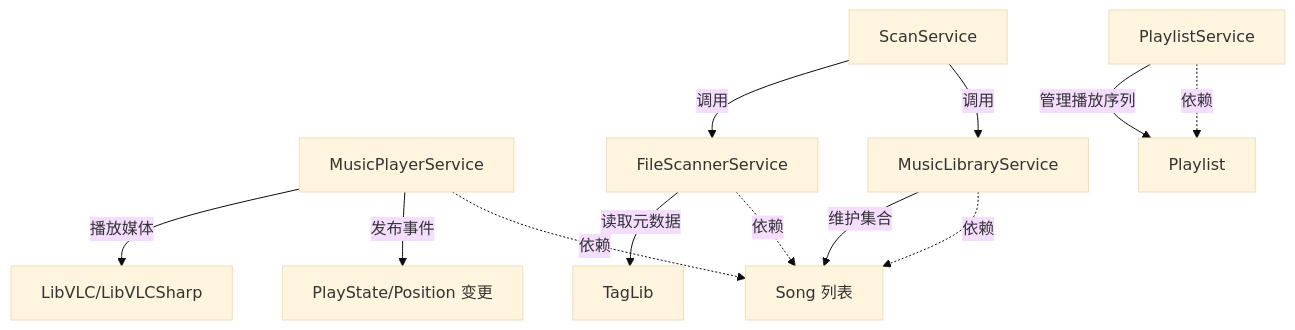
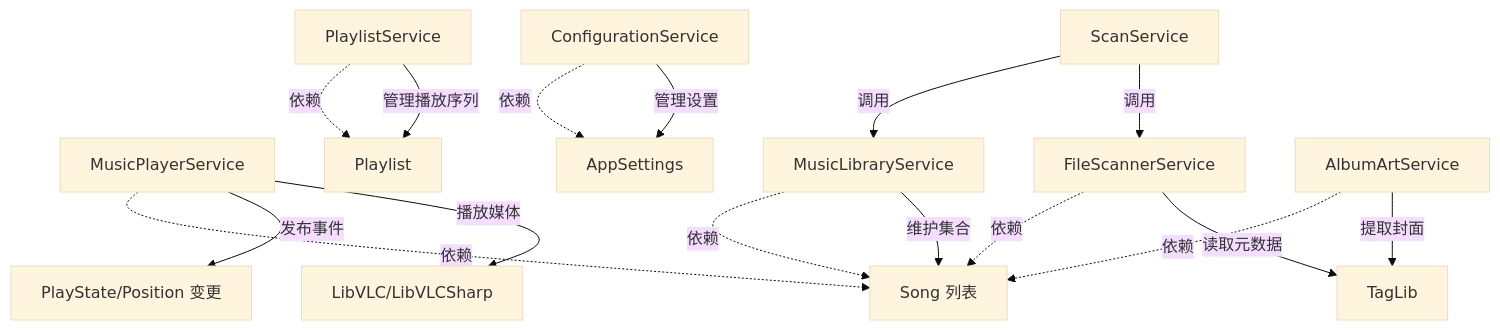
One commit to mariamjensen42-glitch/LocalMusicPlayer changed the second of 12 diagrams in .qoder/repowiki/zh/content/核心服务层/核心服务层.md. Above: the diagram before and after it, drawn with Mermaid (base theme). The commit also changed other lines of this file and 14 other files, not shown here.

````diff
--- a/.qoder/repowiki/zh/content/核心服务层/核心服务层.md
+++ b/.qoder/repowiki/zh/content/核心服务层/核心服务层.md
@@ -145,14 +182,18 @@
 ```mermaid
 graph TB
 MP["MusicPlayerService"] --> |播放媒体| VLC["LibVLC/LibVLCSharp"]
 MP --> |发布事件| PS["PlayState/Position 变更"]
 FS["FileScannerService"] --> |读取元数据| TL["TagLib"]
 PL["PlaylistService"] --> |管理播放序列| P["Playlist"]
 ML["MusicLibraryService"] --> |维护集合| S["Song 列表"]
 SC["ScanService"] --> |调用| FS
 SC --> |调用| ML
+CS["ConfigurationService"] --> |管理设置| AS["AppSettings"]
+AAS["AlbumArtService"] --> |提取封面| TL
 MP -.->|依赖| S
 PL -.->|依赖| P
 FS -.->|依赖| S
 ML -.->|依赖| S
+CS -.->|依赖| AS
+AAS -.->|依赖| S
 ```
````
